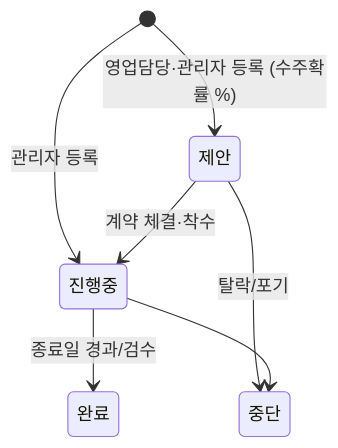
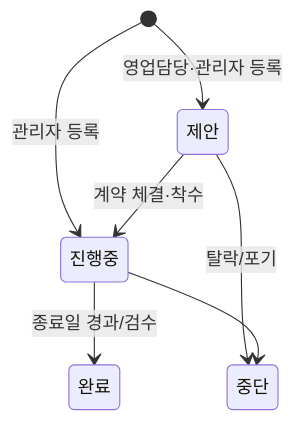
One commit to toddkim-rgb/BT_HRM changed the fifth of 14 diagrams in SM_SI_인력관리시스템_명세서.md. Above: the diagram before and after it, drawn with Mermaid. The commit also changed other lines of this file and 6 other files, not shown here.

````diff
--- a/SM_SI_인력관리시스템_명세서.md
+++ b/SM_SI_인력관리시스템_명세서.md
@@ -258,9 +259,9 @@
 ```mermaid
 stateDiagram-v2
-  [*] --> 제안: 영업담당·관리자 등록 (수주확률 %)
+  [*] --> 제안: 영업담당·관리자 등록
   [*] --> 진행중: 관리자 등록
   제안 --> 진행중: 계약 체결·착수
   제안 --> 중단: 탈락/포기
   진행중 --> 완료: 종료일 경과/검수
   진행중 --> 중단
 ```
````
